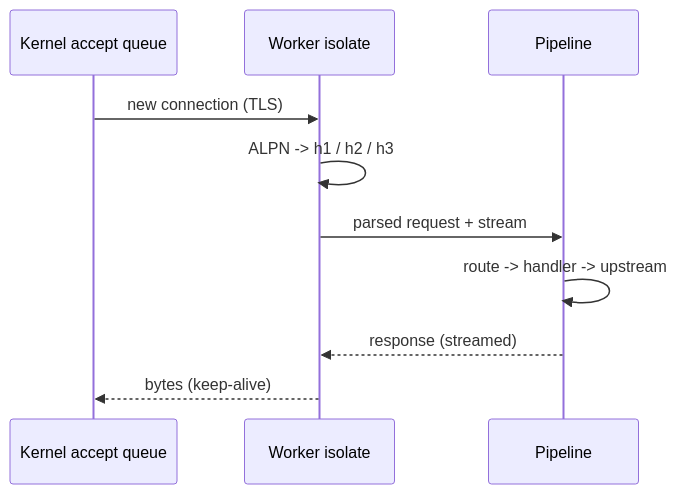
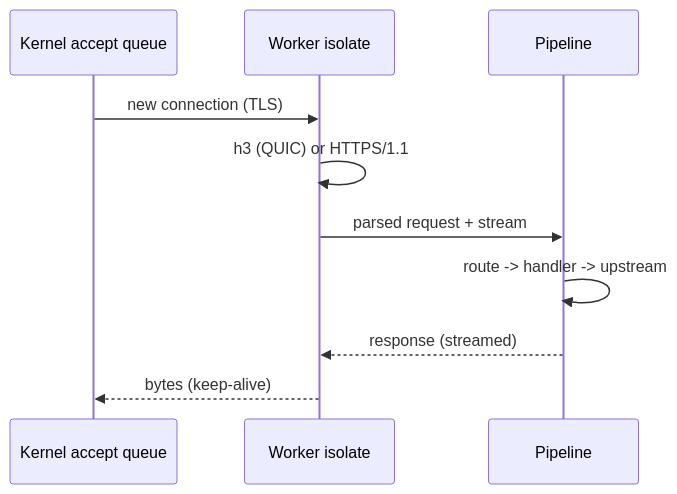
One commit to kellykinyama12-maker/dart-apache changed the second of 2 diagrams in docs/03-architecture.md. Above: the diagram before and after it, drawn with Mermaid. The commit also changed other lines of this file and 13 other files, not shown here.

````diff
--- a/docs/03-architecture.md
+++ b/docs/03-architecture.md
@@ -49,12 +49,12 @@
 ```mermaid
 sequenceDiagram
   participant K as Kernel accept queue
   participant W as Worker isolate
   participant P as Pipeline
   K->>W: new connection (TLS)
-  W->>W: ALPN -> h1 / h2 / h3
+  W->>W: h3 (QUIC) or HTTPS/1.1
   W->>P: parsed request + stream
   P->>P: route -> handler -> upstream
   P-->>W: response (streamed)
   W-->>K: bytes (keep-alive)
 ```
````
